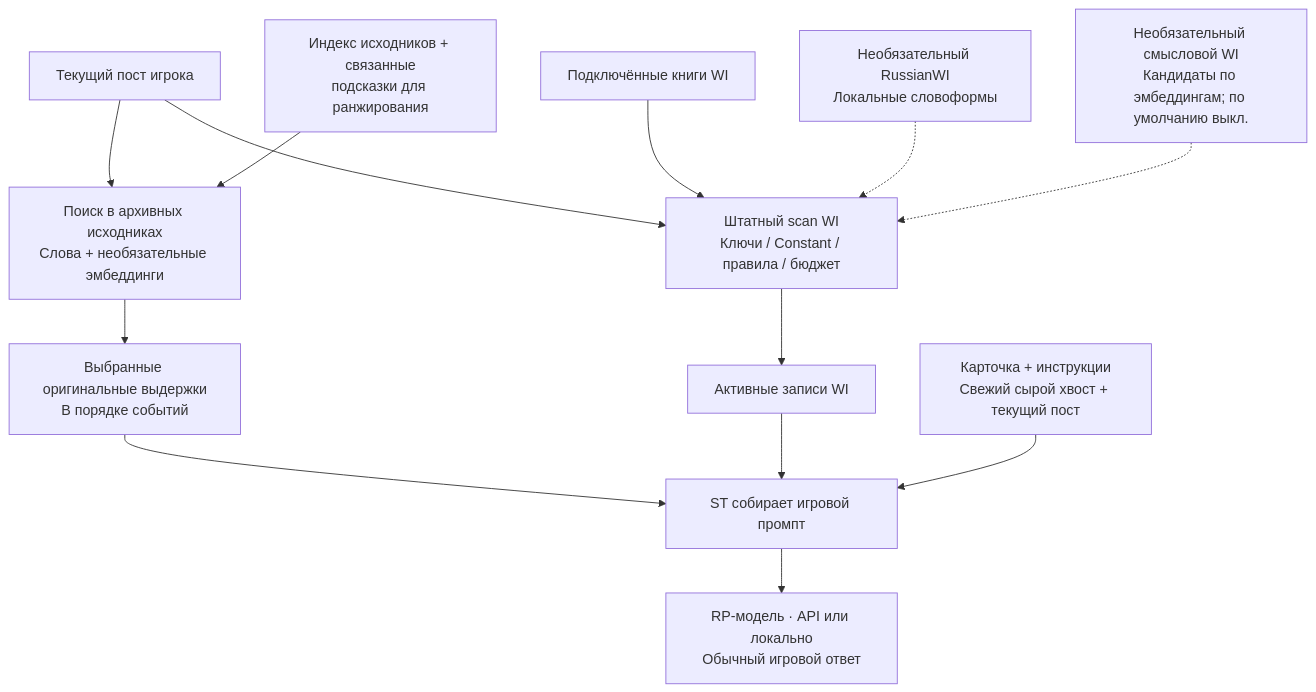
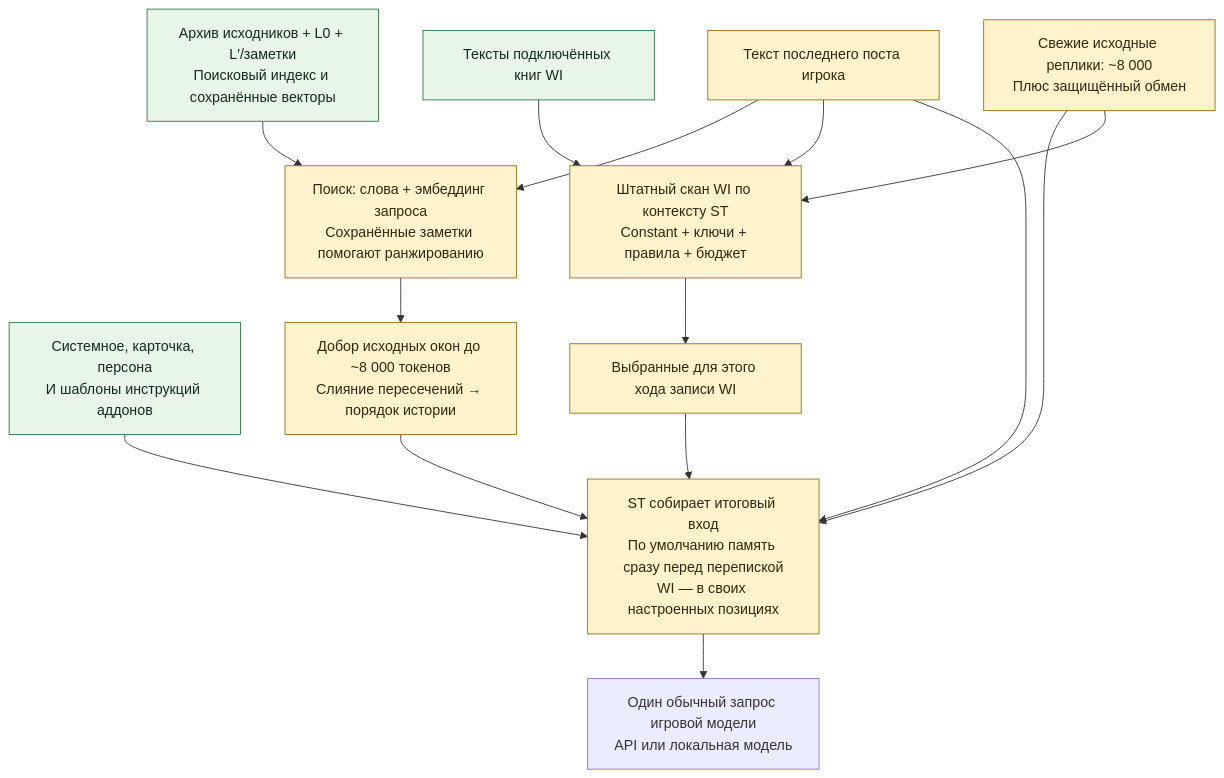
One commit to Ilya626/Extension-WorldMemory changed the second of 2 diagrams in README_RU.md. Above: the diagram before and after it, drawn with Mermaid. The commit also changed other lines of this file and 5 other files, not shown here.

````diff
--- a/README_RU.md
+++ b/README_RU.md
@@ -49,15 +74,26 @@
 ```mermaid
 flowchart TD
-    Q["Текущий пост игрока"] --> R["Поиск в архивных исходниках<br/>Слова + необязательные эмбеддинги"]
-    I["Индекс исходников + связанные<br/>подсказки для ранжирования"] --> R
-    R --> H["Выбранные оригинальные выдержки<br/>В порядке событий"]
-    Q --> S["Штатный scan WI<br/>Ключи / Constant / правила / бюджет"]
-    W["Подключённые книги WI"] --> S
-    F["Необязательный RussianWI<br/>Локальные словоформы"] -.-> S
-    V["Необязательный смысловой WI<br/>Кандидаты по эмбеддингам; по умолчанию выкл."] -.-> S
-    S --> X["Активные записи WI"]
-    H --> G["ST собирает игровой промпт"]
-    X --> G
-    C["Карточка + инструкции<br/>Свежий сырой хвост + текущий пост"] --> G
-    G --> M["RP-модель · API или локально<br/>Обычный игровой ответ"]
+        C["Системное, карточка, персона<br/>И шаблоны инструкций аддонов"]
+        I["Архив исходников + L0 + L′/заметки<br/>Поисковый индекс и сохранённые векторы"]
+        W["Тексты подключённых книг WI"]
+        Q["Текст последнего поста игрока"] --> R["Поиск: слова + эмбеддинг запроса<br/>Сохранённые заметки помогают ранжированию"]
+        R --> H["Добор исходных окон до ~8 000 токенов<br/>Слияние пересечений → порядок истории"]
+        T["Свежие исходные реплики: ~8 000<br/>Плюс защищённый обмен"]
+        S["Штатный скан WI по контексту ST<br/>Constant + ключи + правила + бюджет"]
+        S --> X["Выбранные для этого хода записи WI"]
+        G["ST собирает итоговый вход<br/>По умолчанию память сразу перед перепиской<br/>WI — в своих настроенных позициях"]
+        H --> G
+        T --> G
+        X --> G
+    I --> R
+    W --> S
+    Q --> S
+    T --> S
+    Q --> G
+    C --> G
+    G --> M["Один обычный запрос игровой модели<br/>API или локальная модель"]
+    classDef saved fill:#e8f5e9,stroke:#387644,color:#142b1a;
+    classDef rebuilt fill:#fff3cd,stroke:#947214,color:#30270d;
+    class C,I,W saved;
+    class Q,R,H,T,S,X,G rebuilt;
 ```
````
